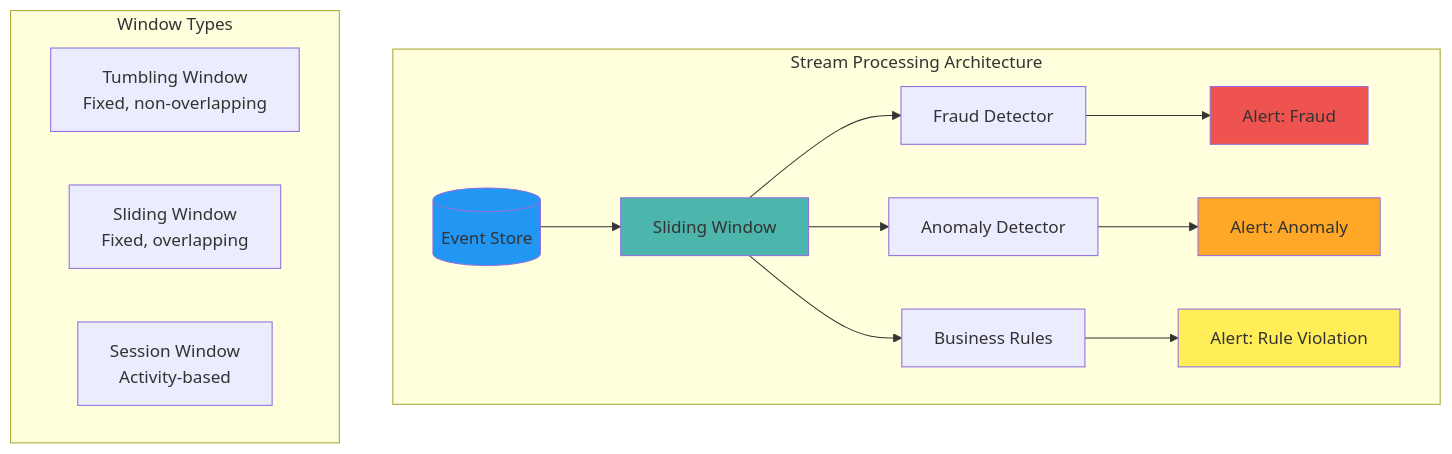
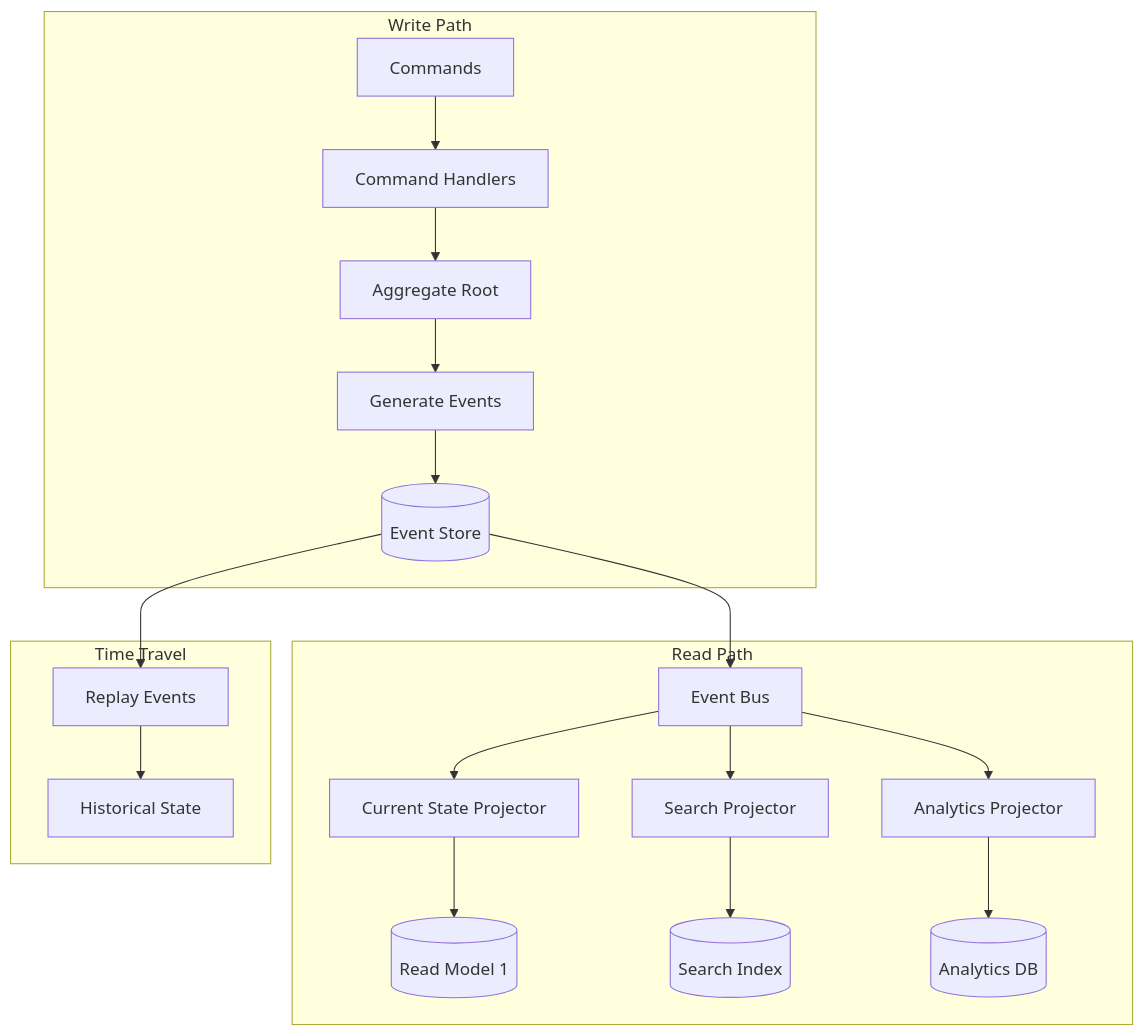
One commit to deepaucksharma/DStudio changed the second of 5 diagrams in docs/pattern-library/data-management/event-sourcing.md. Above: the diagram before and after it, drawn with Mermaid. The commit also changed other lines of this file and 64 other files, not shown here.

````diff
--- a/docs/pattern-library/data-management/event-sourcing.md
+++ b/docs/pattern-library/data-management/event-sourcing.md
@@ -360,25 +112,25 @@
 ```mermaid
 graph TB
- subgraph "Stream Processing Architecture"
- ES[(Event Store)] --> SW[Sliding Window]
- SW --> P1[Fraud Detector]
- SW --> P2[Anomaly Detector]
- SW --> P3[Business Rules]
- 
- P1 --> A1[Alert: Fraud]
- P2 --> A2[Alert: Anomaly]
- P3 --> A3[Alert: Rule Violation]
- end
- 
- subgraph "Window Types"
- TW[Tumbling Window<br/>Fixed, non-overlapping]
- SLW[Sliding Window<br/>Fixed, overlapping]
- SW2[Session Window<br/>Activity-based]
- end
- 
- style ES fill:#2196f3
- style SW fill:#4db6ac
- style A1 fill:#ef5350
- style A2 fill:#ffa726
- style A3 fill:#ffee58
+    subgraph "Write Path"
+        CMD[Commands] --> CH[Command Handlers]
+        CH --> AR[Aggregate Root]
+        AR --> EV[Generate Events]
+        EV --> ES[(Event Store)]
+    end
+    
+    subgraph "Read Path"
+        ES --> EB[Event Bus]
+        EB --> P1[Current State Projector]
+        EB --> P2[Search Projector]
+        EB --> P3[Analytics Projector]
+        
+        P1 --> RS1[(Read Model 1)]
+        P2 --> RS2[(Search Index)]
+        P3 --> RS3[(Analytics DB)]
+    end
+    
+    subgraph "Time Travel"
+        ES --> TR[Replay Events]
+        TR --> HS[Historical State]
+    end
 ```
````
